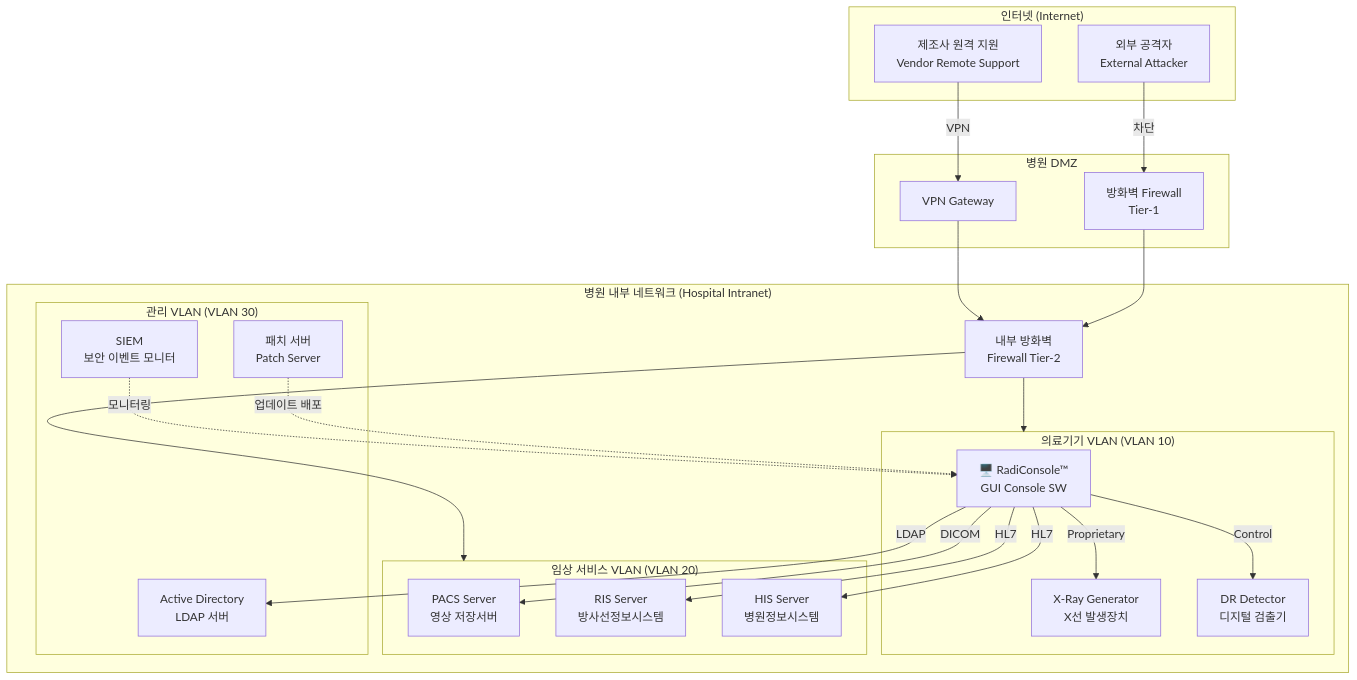
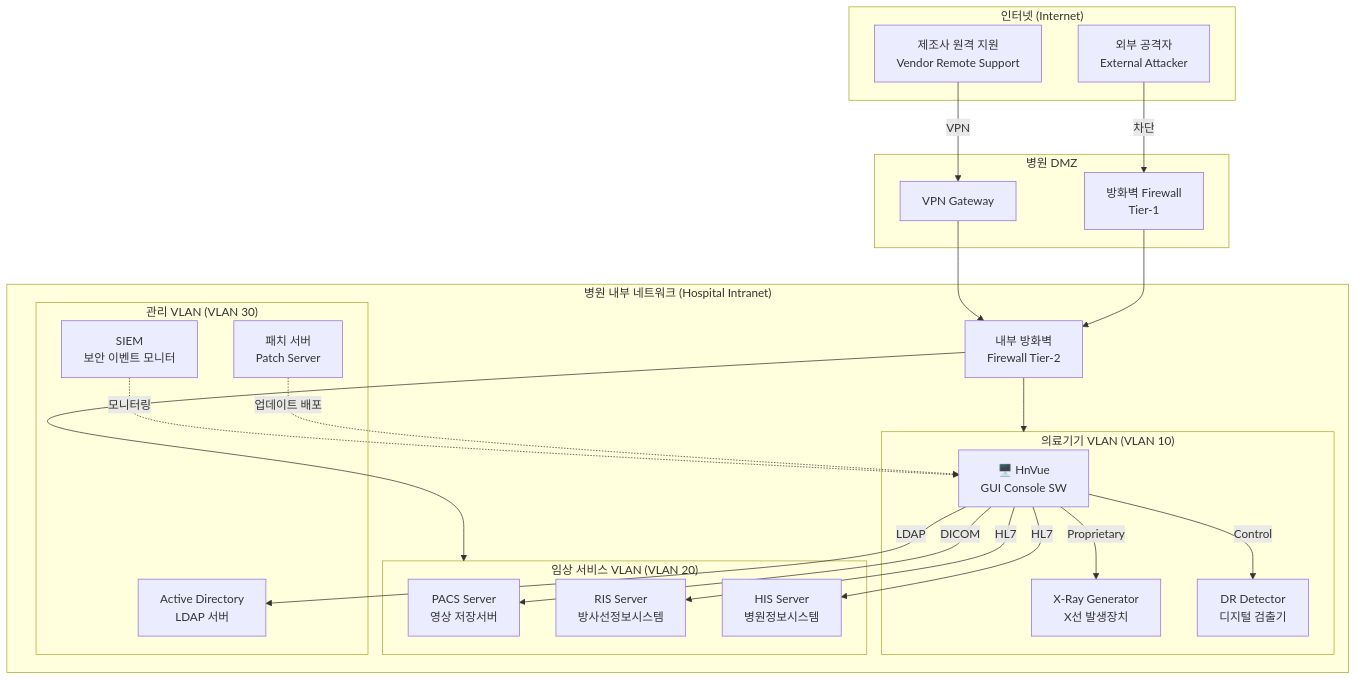
One commit to holee9/console-gui changed the first of 11 diagrams in docs/management/DOC-016_Cybersecurity_Plan_v1.0.md. Above: the diagram before and after it, drawn with Mermaid. The commit also changed other lines of this file and 34 other files, not shown here.

First line of the commit message:
fix: RadiConsole → HnVue 전체 일괄 변경 (35개 파일, 300건+)

````diff
--- a/docs/management/DOC-016_Cybersecurity_Plan_v1.0.md
+++ b/docs/management/DOC-016_Cybersecurity_Plan_v1.0.md
@@ -104,49 +104,49 @@
 ```mermaid
 graph TB
     subgraph Internet["인터넷 (Internet)"]
         EXT[외부 공격자<br/>External Attacker]
         VENDOR[제조사 원격 지원<br/>Vendor Remote Support]
     end
 
     subgraph Hospital_DMZ["병원 DMZ"]
         FW1[방화벽 Firewall<br/>Tier-1]
         VPN[VPN Gateway]
     end
 
     subgraph Hospital_Network["병원 내부 네트워크 (Hospital Intranet)"]
         subgraph Medical_VLAN["의료기기 VLAN (VLAN 10)"]
-            RC[🖥️ RadiConsole™<br/>GUI Console SW]
+            RC[🖥️ HnVue<br/>GUI Console SW]
             XRAY[X-Ray Generator<br/>X선 발생장치]
             DR[DR Detector<br/>디지털 검출기]
         end
 
         subgraph Clinical_VLAN["임상 서비스 VLAN (VLAN 20)"]
             PACS[PACS Server<br/>영상 저장서버]
             RIS[RIS Server<br/>방사선정보시스템]
             HIS[HIS Server<br/>병원정보시스템]
         end
 
         subgraph Admin_VLAN["관리 VLAN (VLAN 30)"]
             AD[Active Directory<br/>LDAP 서버]
             SIEM[SIEM<br/>보안 이벤트 모니터]
             PATCH[패치 서버<br/>Patch Server]
         end
 
         FW2[내부 방화벽<br/>Firewall Tier-2]
     end
 
     EXT -->|차단| FW1
     VENDOR -->|VPN| VPN
     VPN --> FW2
     FW1 --> FW2
     FW2 --> Medical_VLAN
     FW2 --> Clinical_VLAN
     RC -->|DICOM| PACS
     RC -->|HL7| RIS
     RC -->|HL7| HIS
     RC -->|Proprietary| XRAY
     RC -->|Control| DR
     RC -->|LDAP| AD
     SIEM -.->|모니터링| RC
     PATCH -.->|업데이트 배포| RC
 ```
````
